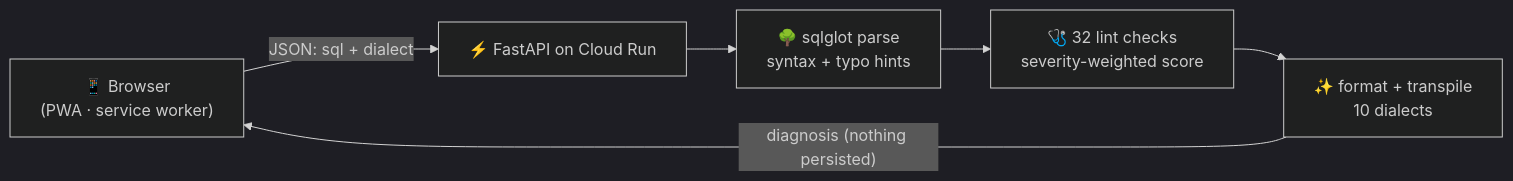
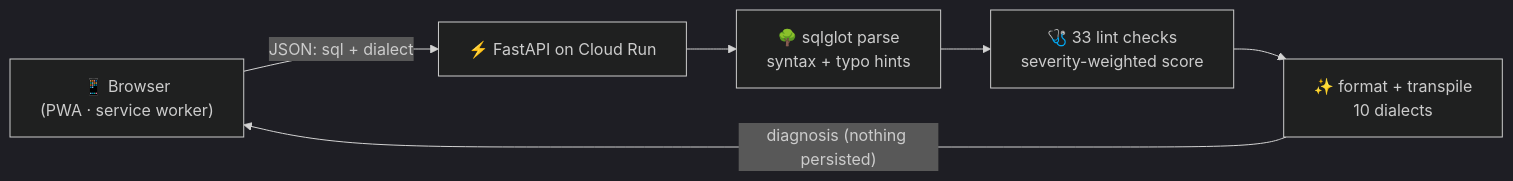
Before and after one commit to ARAVINDHRAJA123/querydoctor: the diagram in README.md, drawn with Mermaid (dark theme). The commit also changed other lines of this file and 4 other files, not shown here.

````diff
--- a/README.md
+++ b/README.md
@@ -152,8 +164,8 @@
 ```mermaid
 flowchart LR
     A["📱 Browser<br/>(PWA · service worker)"] -- "JSON: sql + dialect" --> B["⚡ FastAPI on Cloud Run"]
     B --> C["🌳 sqlglot parse<br/>syntax + typo hints"]
-    C --> D["🩺 32 lint checks<br/>severity-weighted score"]
+    C --> D["🩺 33 lint checks<br/>severity-weighted score"]
     D --> E["✨ format + transpile<br/>10 dialects"]
     E -- "diagnosis (nothing persisted)" --> A
 ```
````
